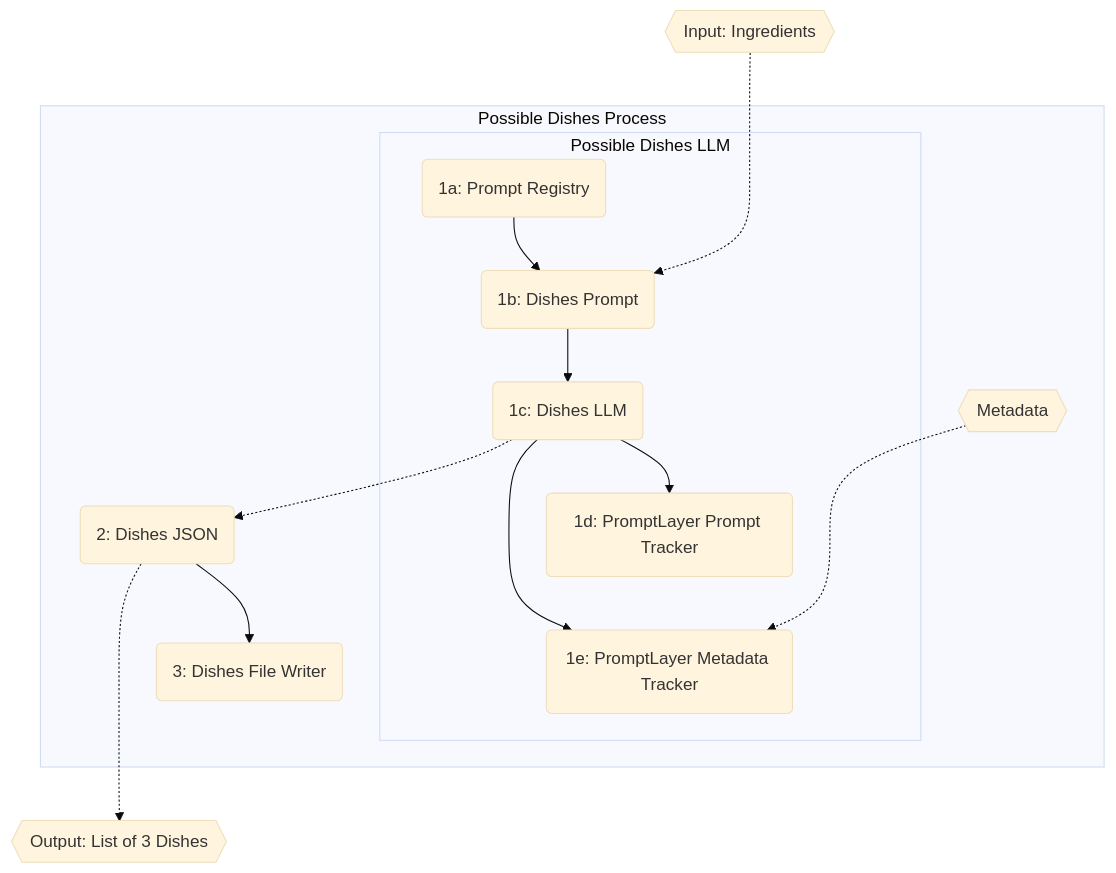
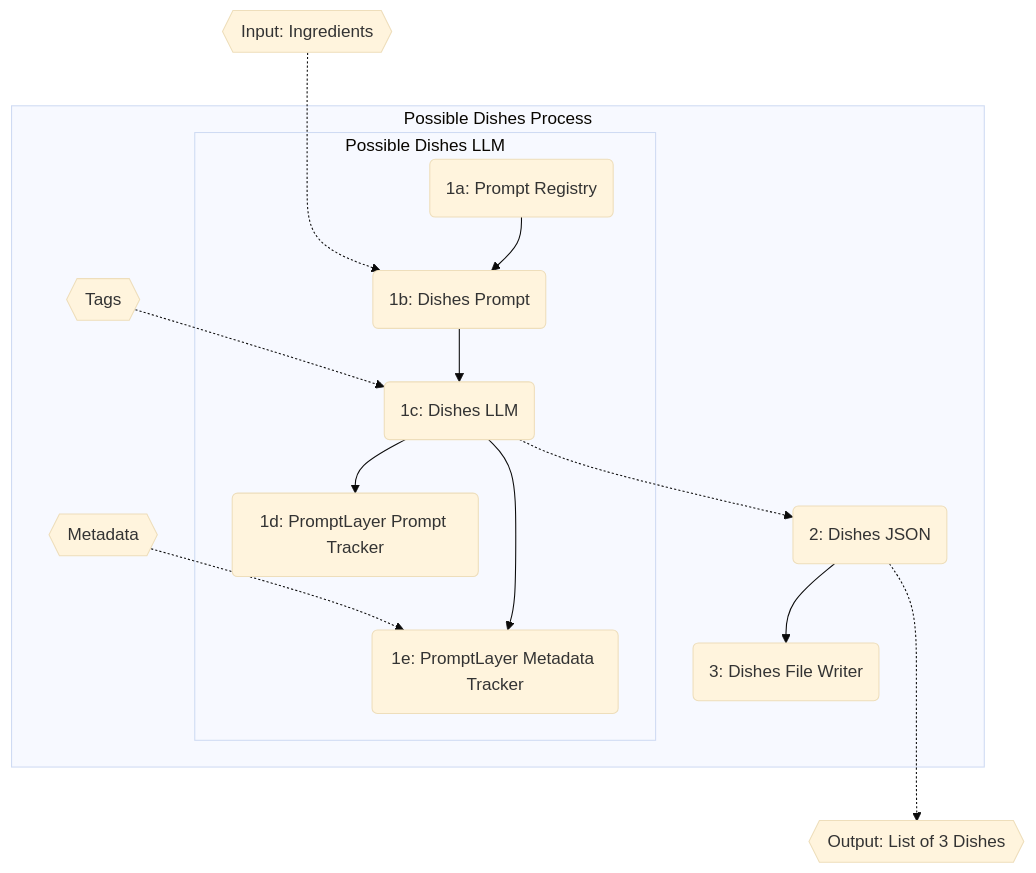
Before and after one commit to Ledgestone/AIToolkit: the second of 2 diagrams in README.md, drawn with Mermaid (base theme).

Commit message:
Add in tags

````diff
--- a/README.md
+++ b/README.md
@@ -157,18 +157,19 @@
 ```mermaid
 flowchart TD
     B{{Input: Ingredients}} -..-> C
     subgraph Possible Dishes Process
-    G{{Metadata}} -..-> F
+    G{{Tags}} -.-> D
+    H{{Metadata}} -.-> F
 
     subgraph Possible Dishes LLM
     A(1a: Prompt Registry) --> C(1b: Dishes Prompt)
     C --> D(1c: Dishes LLM)
     D --> E(1d: PromptLayer Prompt Tracker)
     D ---> F(1e: PromptLayer Metadata Tracker)
     end
 
     D -.-> Y(2: Dishes JSON)
     Y --> X(3: Dishes File Writer)
     end
     Y -..-> Z{{Output: List of 3 Dishes}}
 ```
````
